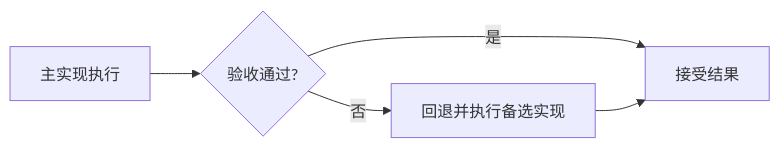
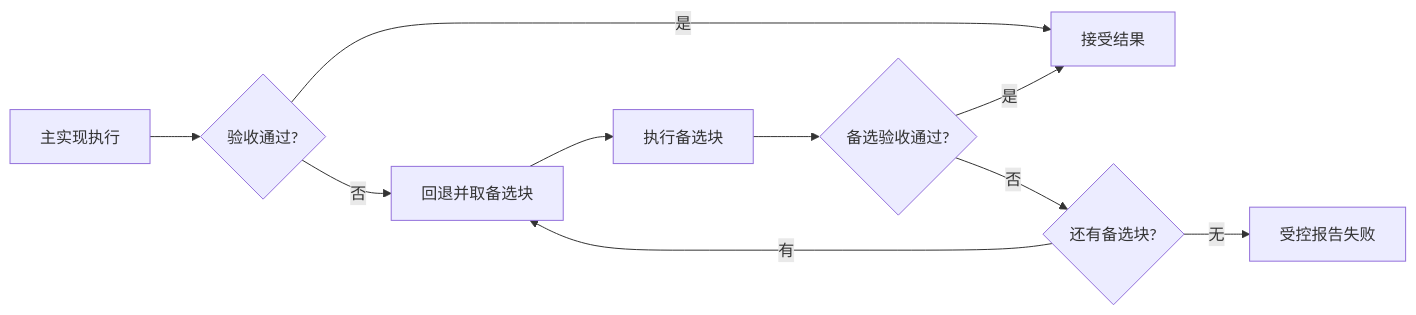
Before and after one commit to 74262195/system-architect-notes: the diagram in 01_综合知识/08_软件可靠性技术/04_可靠性设计/08_容错设计：恢复块、N版本与冗余如何区分.md, drawn with Mermaid. The commit also changed other lines of this file and 2 other files, not shown here.

````diff
--- a/01_综合知识/08_软件可靠性技术/04_可靠性设计/08_容错设计：恢复块、N版本与冗余如何区分.md
+++ b/01_综合知识/08_软件可靠性技术/04_可靠性设计/08_容错设计：恢复块、N版本与冗余如何区分.md
@@ -33,7 +33,12 @@
 ```mermaid
 flowchart LR
     A[主实现执行] --> B{验收通过?}
     B -->|是| C[接受结果]
-    B -->|否| D[回退并执行备选实现]
-    D --> C
+    B -->|否| D[回退并取备选块]
+    D --> E[执行备选块]
+    E --> F{备选验收通过?}
+    F -->|是| C
+    F -->|否| G{还有备选块?}
+    G -->|有| D
+    G -->|无| H[受控报告失败]
 ```
````
